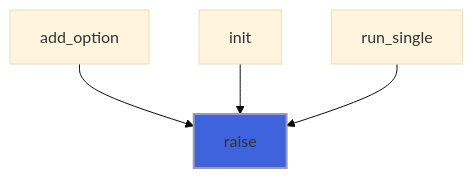
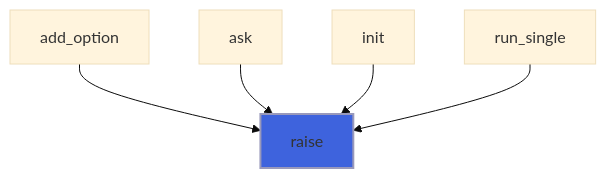
Before and after one commit to szaghi/FLAP: diagram 11 of 12 in docs/api/src/lib/flap_menu_t.md, drawn with Mermaid (base theme). The commit also changed other lines of this file and 9 other files, not shown here.

````diff
--- a/docs/api/src/lib/flap_menu_t.md
+++ b/docs/api/src/lib/flap_menu_t.md
@@ -287,7 +412,8 @@
 ```mermaid
 flowchart TD
   add_option["add_option"] --> raise["raise"]
+  ask["ask"] --> raise["raise"]
   init["init"] --> raise["raise"]
   run_single["run_single"] --> raise["raise"]
   style raise fill:#3e63dd,stroke:#99b,stroke-width:2px
 ```
````
